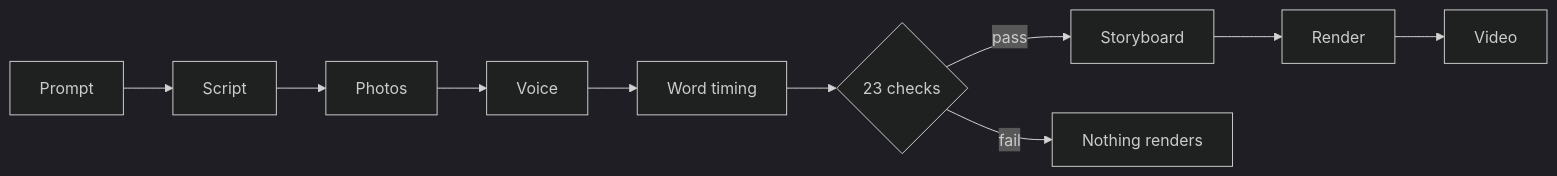
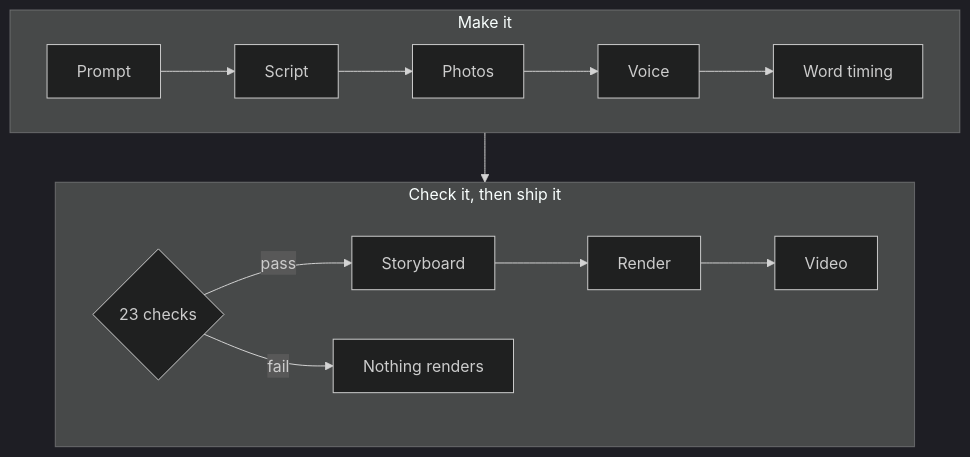
The diagram in README.md (cdandgey5/prompt-to-video), drawn with Mermaid (dark theme) before and after one commit.

Commit message:
README: lay the diagram out in two rows so it reads at page width

````diff
--- a/README.md
+++ b/README.md
@@ -30,6 +30,13 @@
 ```mermaid
-flowchart LR
-    P[Prompt] --> S[Script] --> I[Photos] --> V[Voice] --> T[Word timing] --> C{23 checks}
-    C -- pass --> B[Storyboard] --> R[Render] --> O[Video]
-    C -- fail --> X[Nothing renders]
+flowchart TB
+    subgraph make [Make it]
+        direction LR
+        P[Prompt] --> S[Script] --> I[Photos] --> V[Voice] --> T[Word timing]
+    end
+    subgraph ship [Check it, then ship it]
+        direction LR
+        C{23 checks} -- pass --> B[Storyboard] --> R[Render] --> O[Video]
+        C -- fail --> X[Nothing renders]
+    end
+    make --> ship
 ```
````
